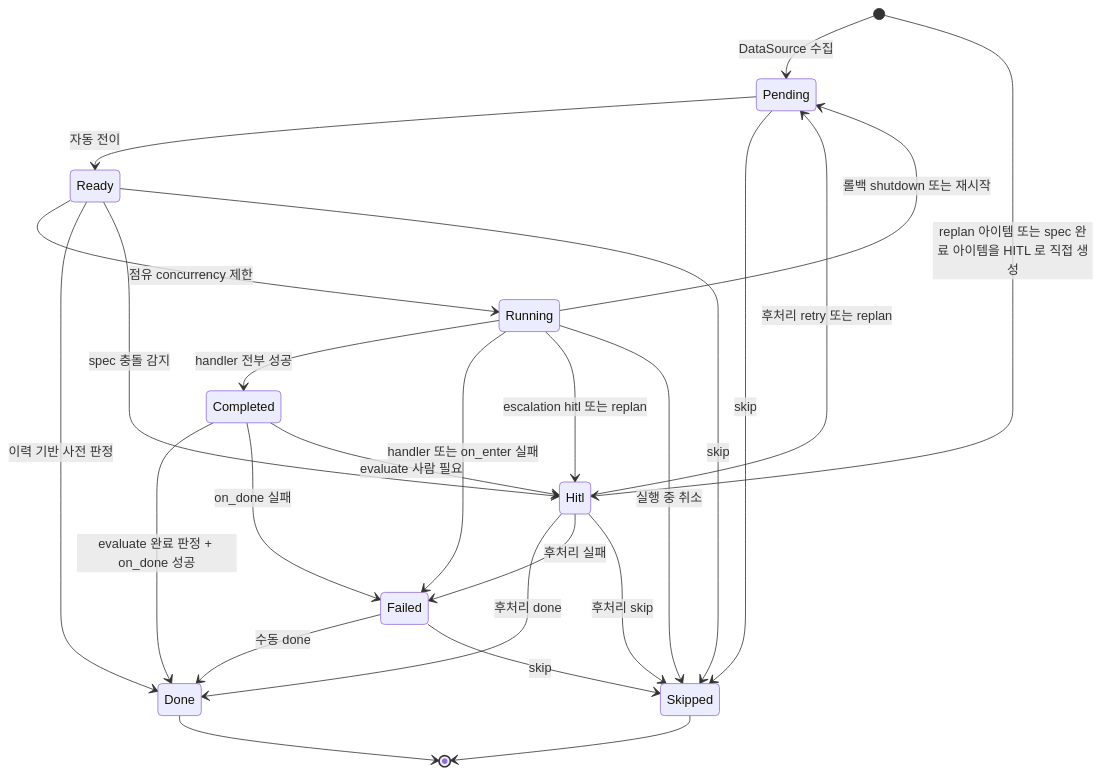
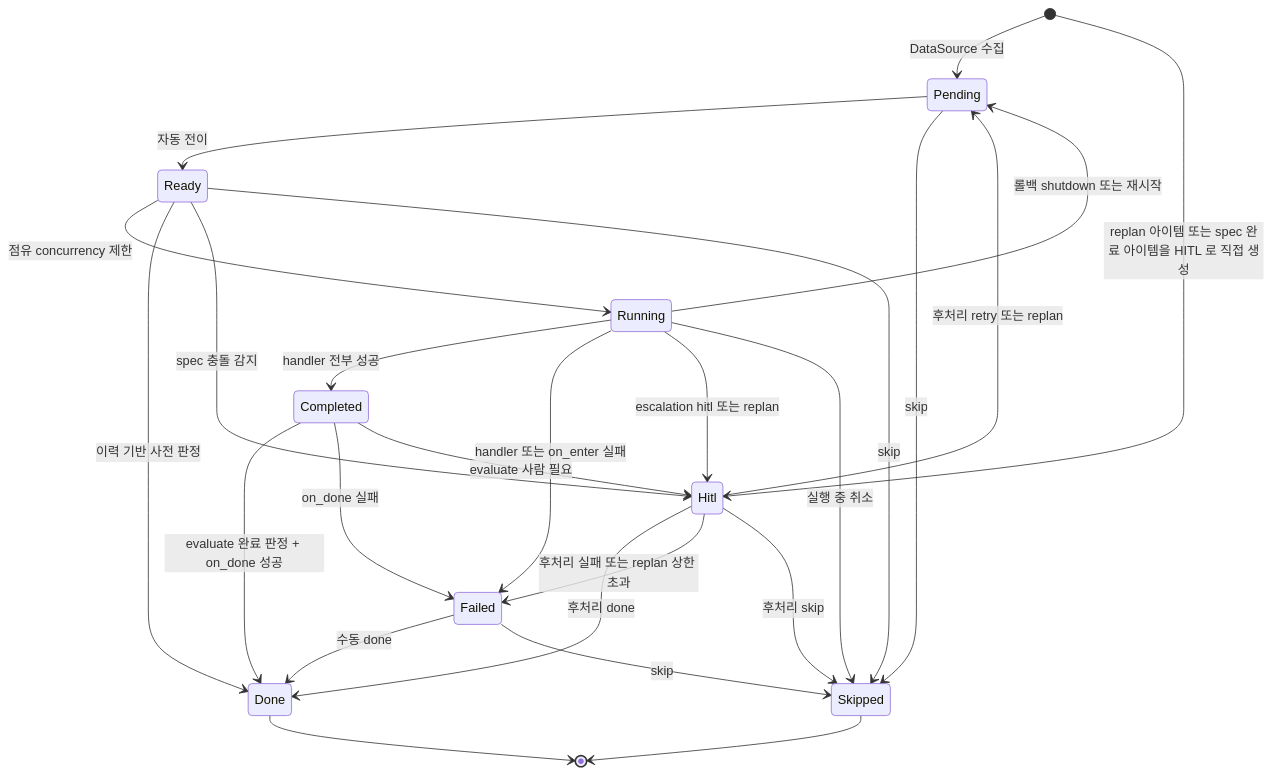
The first of 7 diagrams in spec/concerns/queue-state-machine.md (kys0213/belt), drawn with Mermaid before and after one commit. The commit also changed other lines of this file and 5 other files, not shown here.

Commit message:
docs(spec): address design/flows review and settle replan-over-cap outcome

````diff
--- a/spec/concerns/queue-state-machine.md
+++ b/spec/concerns/queue-state-machine.md
@@ -41,32 +41,32 @@
 ```mermaid
 stateDiagram-v2
     [*] --> Pending: DataSource 수집
     [*] --> Hitl: replan 아이템 또는 spec 완료 아이템을 HITL 로 직접 생성
     Pending --> Ready: 자동 전이
     Pending --> Skipped: skip
     Ready --> Running: 점유 concurrency 제한
     Ready --> Done: 이력 기반 사전 판정
     Ready --> Hitl: spec 충돌 감지
     Ready --> Skipped: skip
 
     Running --> Completed: handler 전부 성공
     Running --> Failed: handler 또는 on_enter 실패
     Running --> Hitl: escalation hitl 또는 replan
     Running --> Skipped: 실행 중 취소
     Running --> Pending: 롤백 shutdown 또는 재시작
 
     Completed --> Done: evaluate 완료 판정 + on_done 성공
     Completed --> Failed: on_done 실패
     Completed --> Hitl: evaluate 사람 필요
 
     Failed --> Done: 수동 done
     Failed --> Skipped: skip
 
     Hitl --> Done: 후처리 done
-    Hitl --> Failed: 후처리 실패
+    Hitl --> Failed: 후처리 실패 또는 replan 상한 초과
     Hitl --> Pending: 후처리 retry 또는 replan
     Hitl --> Skipped: 후처리 skip
 
     Done --> [*]
     Skipped --> [*]
 ```
````
